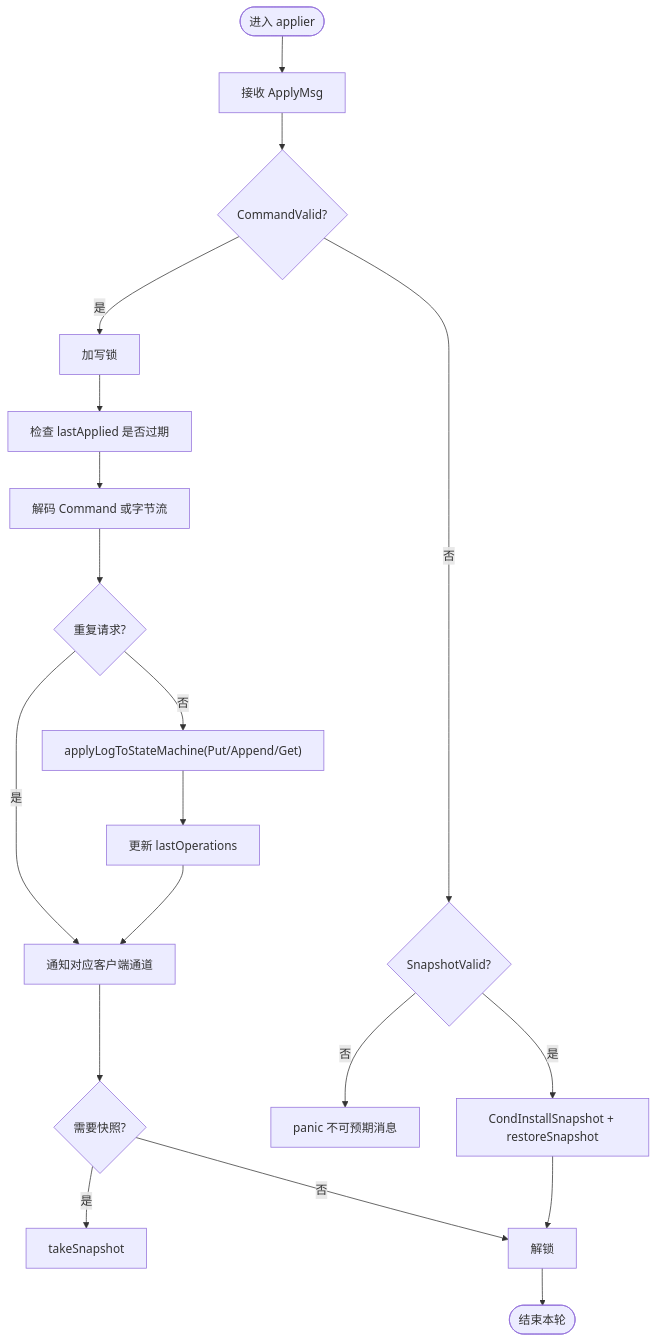
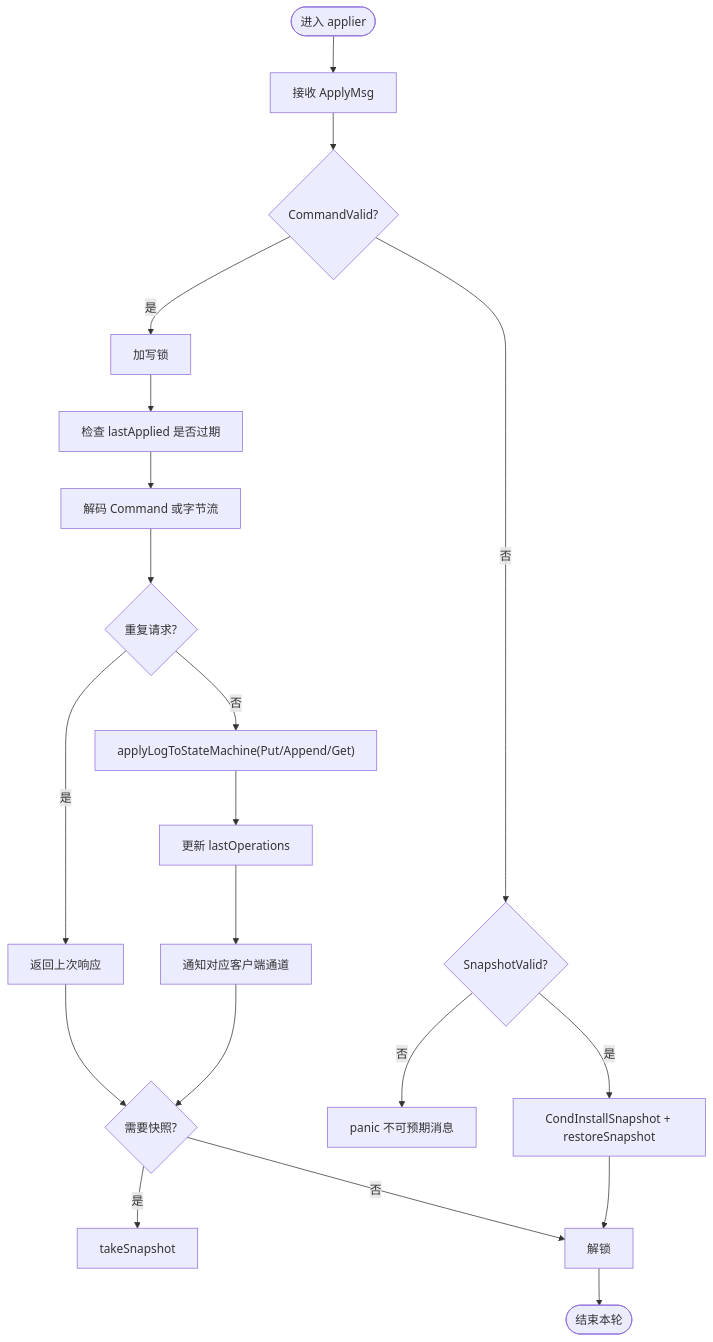
The third of 5 diagrams in wiki/KV 存储系统/并发模型验证.md (eraft-io/eraft), drawn with Mermaid before and after one commit. The commit also changed other lines of this file and 35 other files, not shown here.

````diff
--- a/wiki/KV 存储系统/并发模型验证.md
+++ b/wiki/KV 存储系统/并发模型验证.md
@@ -129,21 +129,22 @@
 ```mermaid
 flowchart TD
 Start(["进入 applier"]) --> CheckMsg["接收 ApplyMsg"]
 CheckMsg --> Valid{"CommandValid?"}
 Valid --> |是| Lock["加写锁"]
 Valid --> |否| Snap{"SnapshotValid?"}
 Snap --> |是| ApplySnap["CondInstallSnapshot + restoreSnapshot"]
 Snap --> |否| Panic["panic 不可预期消息"]
 Lock --> CheckApplied["检查 lastApplied 是否过期"]
 CheckApplied --> Decode["解码 Command 或字节流"]
 Decode --> Dup{"重复请求?"}
-Dup --> |是| Notify["返回上次响应"]
+Dup --> |是| NotifyDup["返回上次响应"]
 Dup --> |否| ApplySM["applyLogToStateMachine(Put/Append/Get)"]
 ApplySM --> UpdateCtx["更新 lastOperations"]
-UpdateCtx --> Notify["通知对应客户端通道"]
-Notify --> NeedSnap{"需要快照?"}
+UpdateCtx --> NotifyClient["通知对应客户端通道"]
+NotifyDup --> NeedSnap{"需要快照?"}
+NotifyClient --> NeedSnap
 NeedSnap --> |是| TakeSnap["takeSnapshot"]
 NeedSnap --> |否| Unlock["解锁"]
 ApplySnap --> Unlock
 Unlock --> End(["结束本轮"])
 ```
````
